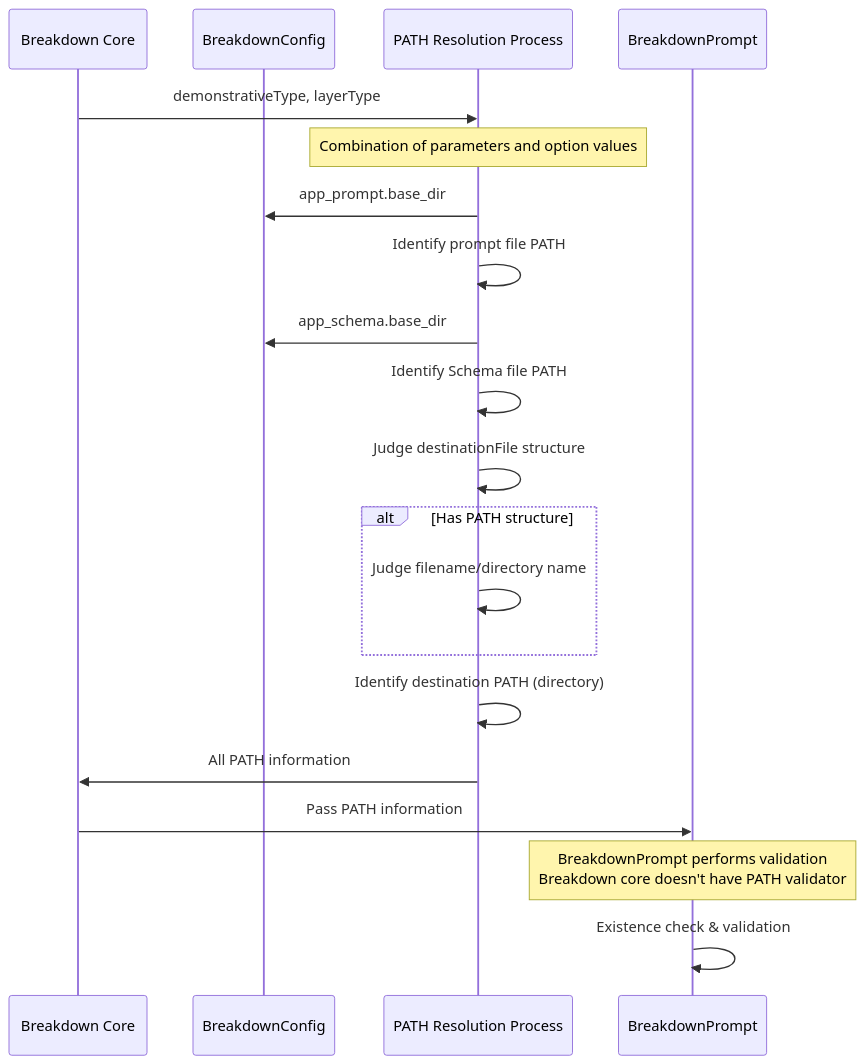
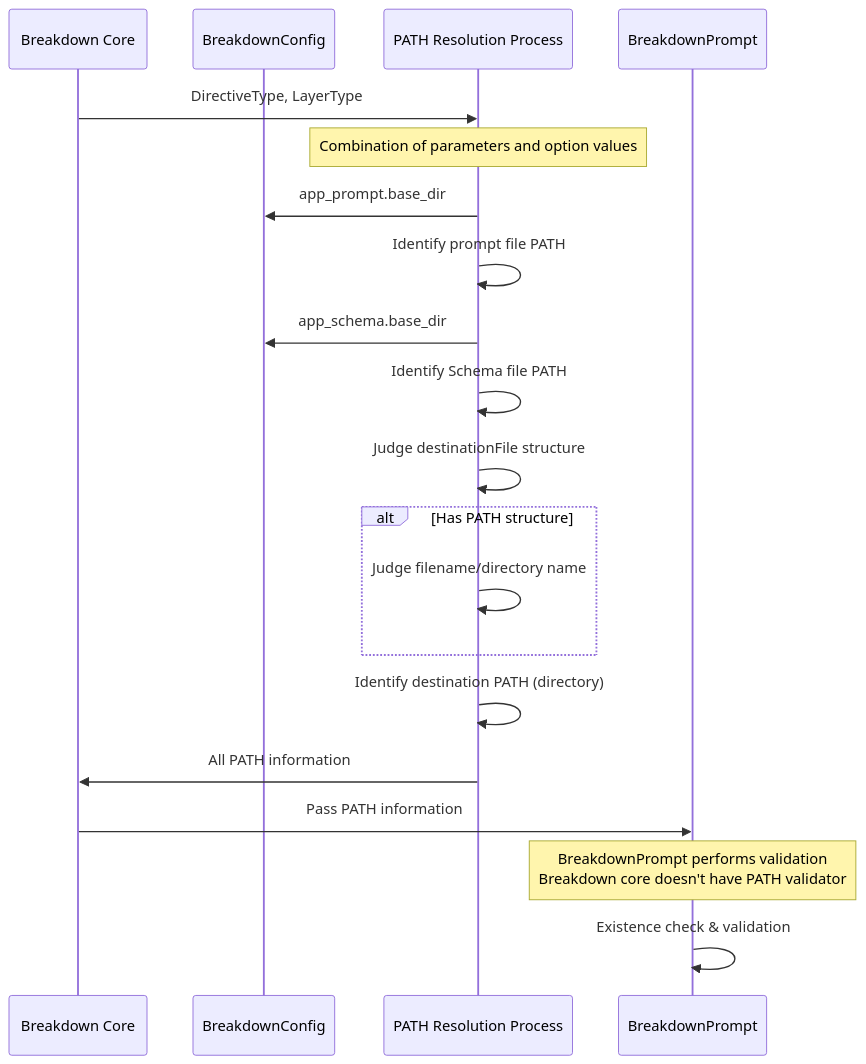
Before and after one commit to tettuan/breakdown: the fourth of 5 diagrams in docs/breakdown/overview/architecture.md, drawn with Mermaid. The commit also changed other lines of this file and 257 other files, not shown here.

````diff
--- a/docs/breakdown/overview/architecture.md
+++ b/docs/breakdown/overview/architecture.md
@@ -247,28 +252,28 @@
 ```mermaid
 sequenceDiagram
     participant Core as Breakdown Core
     participant Config as BreakdownConfig
     participant PathResolver as PATH Resolution Process
     participant Prompt as BreakdownPrompt
     
-    Core->>PathResolver: demonstrativeType, layerType
+    Core->>PathResolver: DirectiveType, LayerType
     
     Note over PathResolver: Combination of parameters and option values
     PathResolver->>Config: app_prompt.base_dir
     PathResolver->>PathResolver: Identify prompt file PATH
     
     PathResolver->>Config: app_schema.base_dir  
     PathResolver->>PathResolver: Identify Schema file PATH
     
     PathResolver->>PathResolver: Judge destinationFile structure
     alt Has PATH structure
         PathResolver->>PathResolver: Judge filename/directory name
     end
     PathResolver->>PathResolver: Identify destination PATH (directory)
     
     PathResolver->>Core: All PATH information
     Core->>Prompt: Pass PATH information
     
     Note over Prompt: BreakdownPrompt performs validation<br/>Breakdown core doesn't have PATH validator
     Prompt->>Prompt: Existence check & validation
 ```
````
